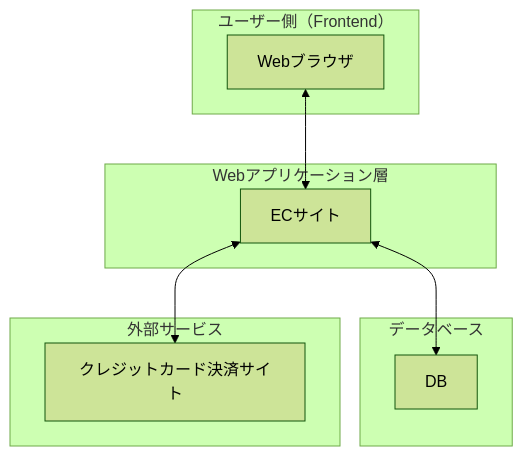
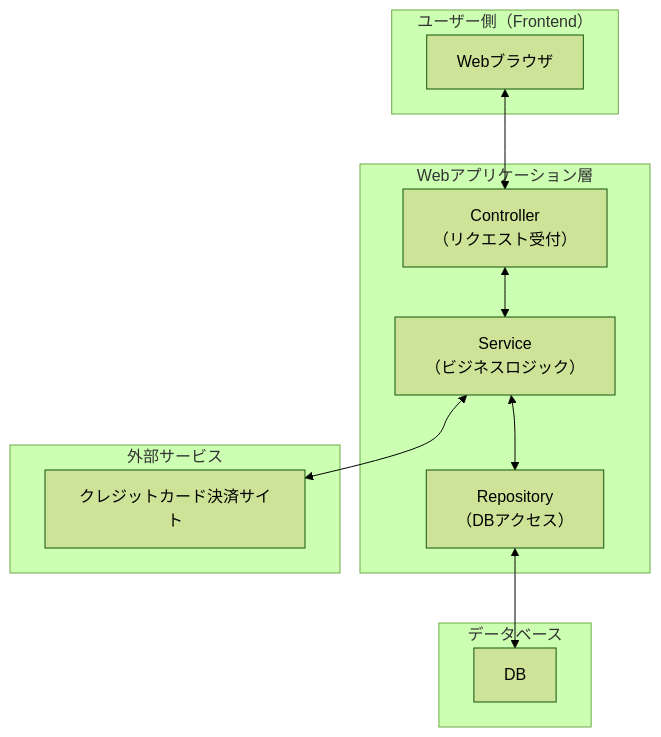
One commit to ainaga09/ACE changed the diagram in 基本設計/システム構成・非機能・運用/システム構成・非機能・運用.md. Above: the diagram before and after it, drawn with Mermaid (forest theme). The commit also changed other lines of this file, not shown here.

Commit message:
レビューを踏まえた修正

````diff
--- a/基本設計/システム構成・非機能・運用/システム構成・非機能・運用.md
+++ b/基本設計/システム構成・非機能・運用/システム構成・非機能・運用.md
@@ -26,36 +26,41 @@
 ```mermaid
 graph TD
 
 %% ユーザー側
 subgraph User["ユーザー側（Frontend）"]
-　U1[Webブラウザ]
+  %% 説明: ユーザーが操作するWebブラウザ。ECサイトにアクセスし、商品を閲覧・購入するUIを提供。
+  U1[Webブラウザ]
 end
 
-%% Webアプリケーション
+%% Webアプリケーション層
 subgraph App["Webアプリケーション層"]
-  W1[ECサイト]
+  %% Controller: HTTPリクエストを受け付け、レスポンスを返すエンドポイント
+  C1[Controller<br/>（リクエスト受付）]
+  
+  %% Service: ビジネスロジックを実装する層
+  S1[Service<br/>（ビジネスロジック）]
+  
+  %% Repository: データベースアクセスを担当する層
+  R1[Repository<br/>（DBアクセス）]
 end
 
 %% データベース
 subgraph DB["データベース"]
+  %% 説明: 商品情報、注文履歴、ユーザー情報などを保持する。
   D1[DB]
- 
 end
 
 %% 外部サイト
 subgraph External["外部サービス"]
+  %% 説明: クレジットカード決済を処理する外部サービス。
   E1[クレジットカード決済サイト]
 end
 
 %% 接続
-U1 <--> W1
-
-
-
-W1 <--> D1
-W1 <--> E1
-
-
-
+U1 <--> C1
+C1 <--> S1
+S1 <--> R1
+R1 <--> D1
+S1 <--> E1
 
 ```
````
